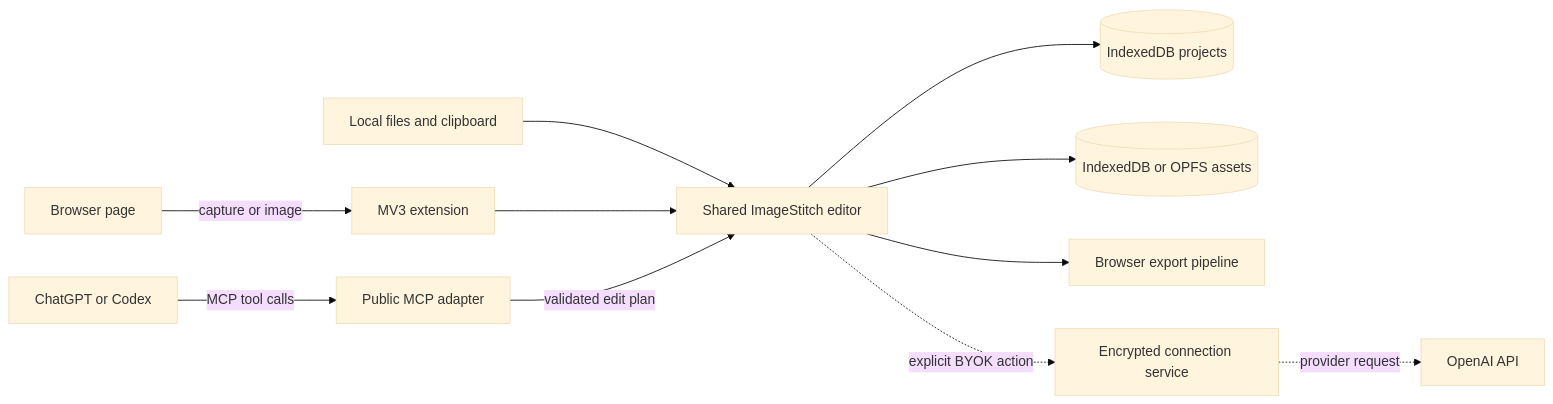
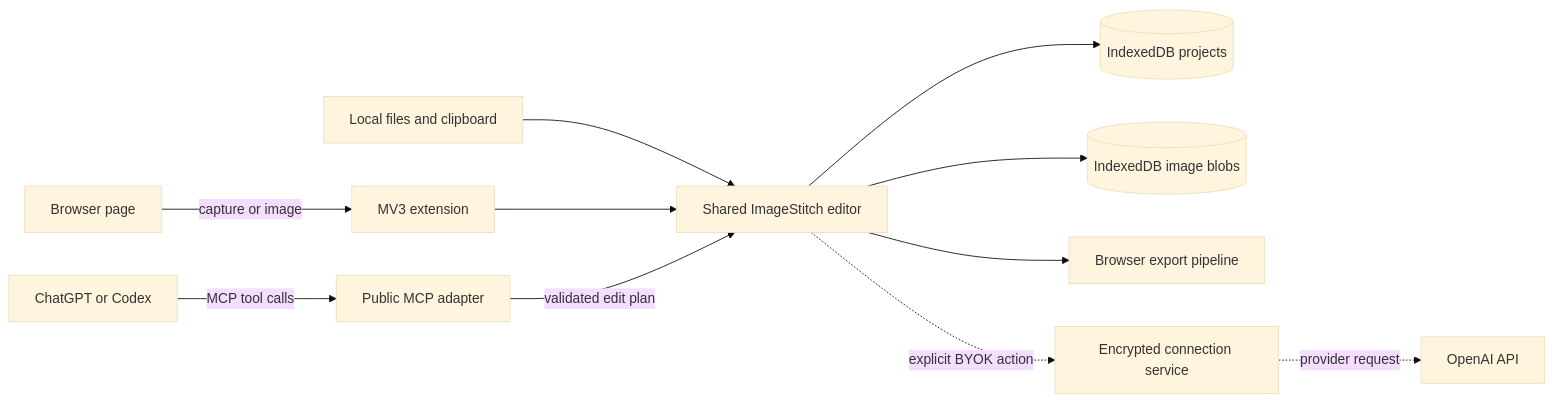
One commit to Wiplash-ai/image-stitch changed the first of 2 diagrams in docs/ARCHITECTURE.md. Above: the diagram before and after it, drawn with Mermaid (base theme). The commit also changed other lines of this file and 18 other files, not shown here.

````diff
--- a/docs/ARCHITECTURE.md
+++ b/docs/ARCHITECTURE.md
@@ -16,13 +16,13 @@
 ```mermaid
 flowchart LR
   Browser[Browser page] -->|capture or image| Extension[MV3 extension]
   Upload[Local files and clipboard] --> Editor
   Extension --> Editor[Shared ImageStitch editor]
   Editor --> ProjectStore[(IndexedDB projects)]
-  Editor --> AssetStore[(IndexedDB or OPFS assets)]
+  Editor --> AssetStore[(IndexedDB image blobs)]
   Editor --> Exporter[Browser export pipeline]
   ChatGPT[ChatGPT or Codex] -->|MCP tool calls| MCP[Public MCP adapter]
   MCP -->|validated edit plan| Editor
   Editor -. explicit BYOK action .-> Vault[Encrypted connection service]
   Vault -. provider request .-> OpenAI[OpenAI API]
 ```
````
